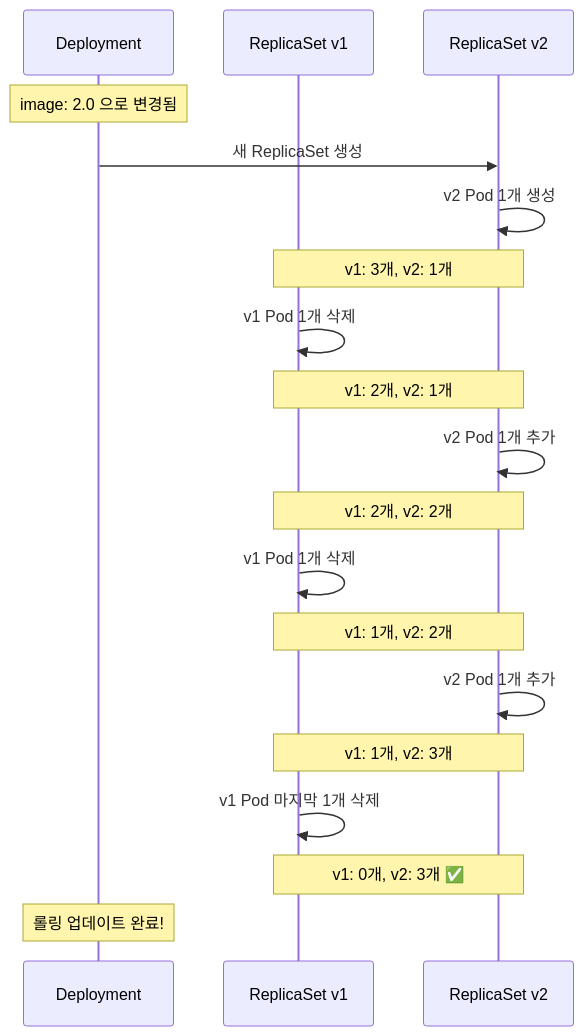
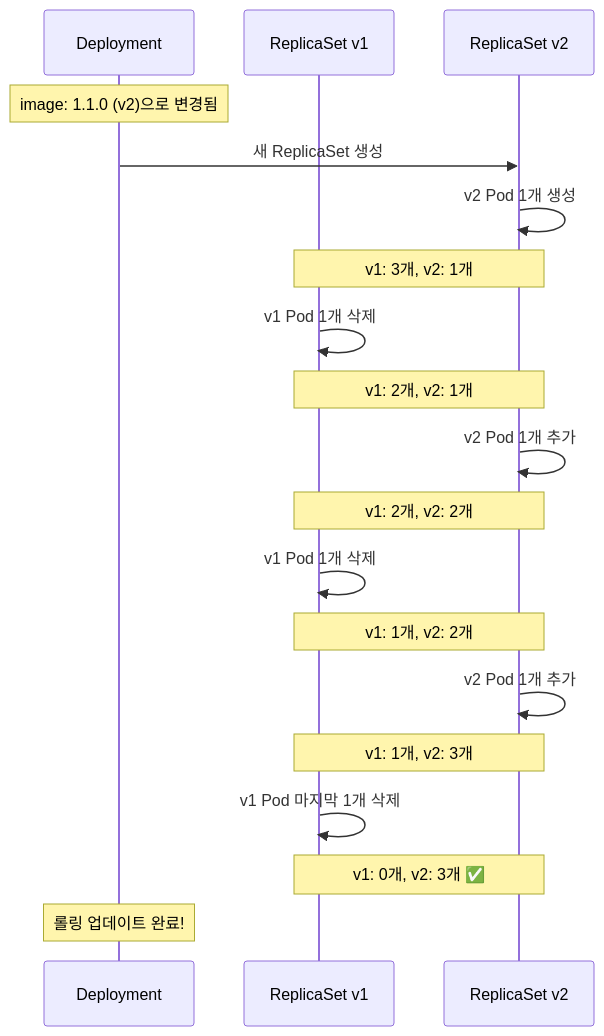
Before and after one commit to sskim91/TIL: the second of 5 diagrams in kubernetes/Kubernetes-ReplicaSet-Deployment.md, drawn with Mermaid. The commit also changed other lines of this file and 39 other files, not shown here.

````diff
--- a/kubernetes/Kubernetes-ReplicaSet-Deployment.md
+++ b/kubernetes/Kubernetes-ReplicaSet-Deployment.md
@@ -302,29 +171,29 @@
 ```mermaid
 sequenceDiagram
     participant D as Deployment
     participant RS1 as ReplicaSet v1
     participant RS2 as ReplicaSet v2
 
-    Note over D: image: 2.0 으로 변경됨
+    Note over D: image: 1.1.0 (v2)으로 변경됨
 
     D->>RS2: 새 ReplicaSet 생성
     RS2->>RS2: v2 Pod 1개 생성
     Note over RS1,RS2: v1: 3개, v2: 1개
 
     RS1->>RS1: v1 Pod 1개 삭제
     Note over RS1,RS2: v1: 2개, v2: 1개
 
     RS2->>RS2: v2 Pod 1개 추가
     Note over RS1,RS2: v1: 2개, v2: 2개
 
     RS1->>RS1: v1 Pod 1개 삭제
     Note over RS1,RS2: v1: 1개, v2: 2개
 
     RS2->>RS2: v2 Pod 1개 추가
     Note over RS1,RS2: v1: 1개, v2: 3개
 
     RS1->>RS1: v1 Pod 마지막 1개 삭제
     Note over RS1,RS2: v1: 0개, v2: 3개 ✅
 
     Note over D: 롤링 업데이트 완료!
 ```
````
